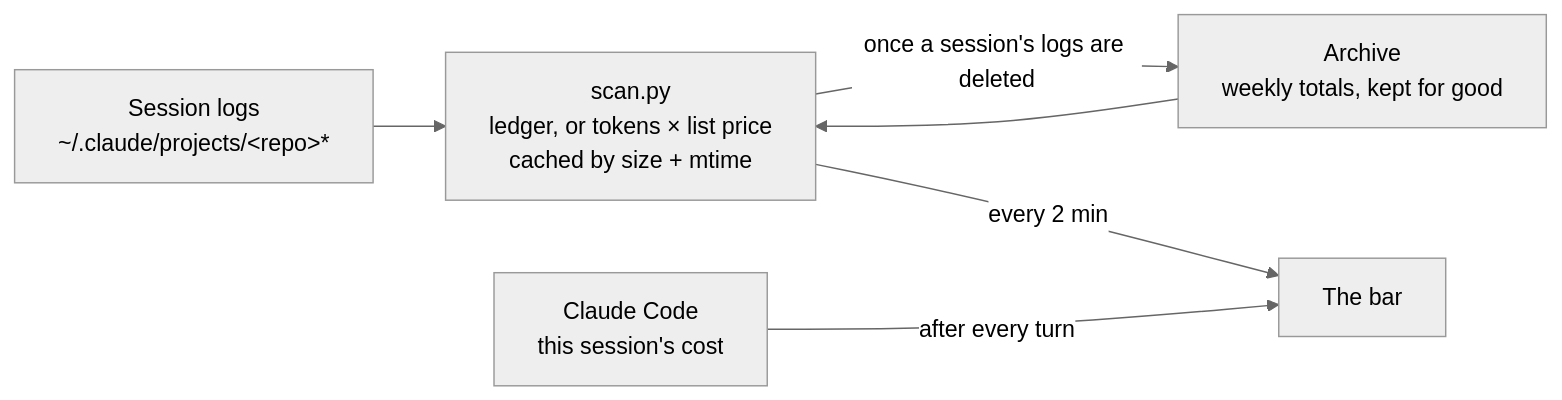
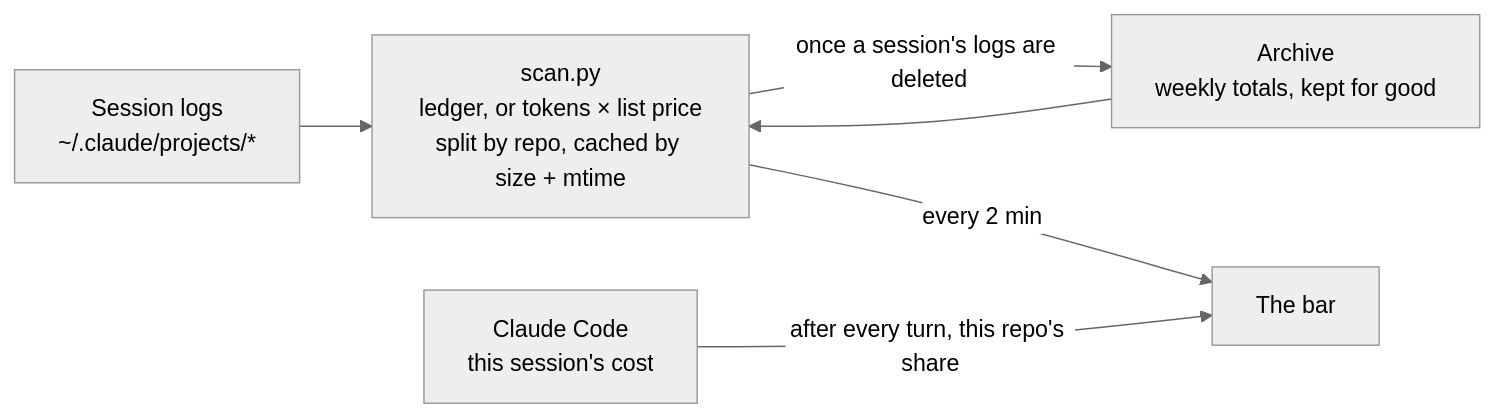
One commit to aseem-upadhyay/qol-mods changed the diagram in plugins/repo-spend/README.md. Above: the diagram before and after it, drawn with Mermaid (neutral theme). The commit also changed other lines of this file and 8 other files, not shown here.

````diff
--- a/plugins/repo-spend/README.md
+++ b/plugins/repo-spend/README.md
@@ -65,8 +75,8 @@
 ```mermaid
 flowchart LR
-    logs["Session logs<br/>~/.claude/projects/&lt;repo&gt;*"] --> scan["scan.py<br/>ledger, or tokens × list price<br/>cached by size + mtime"]
+    logs["Session logs<br/>~/.claude/projects/*"] --> scan["scan.py<br/>ledger, or tokens × list price<br/>split by repo, cached by size + mtime"]
     scan -- "once a session's logs are deleted" --> archive["Archive<br/>weekly totals, kept for good"]
     archive --> scan
     scan -- "every 2 min" --> bar["The bar"]
-    live["Claude Code<br/>this session's cost"] -- "after every turn" --> bar
+    live["Claude Code<br/>this session's cost"] -- "after every turn, this repo's share" --> bar
 ```
````
